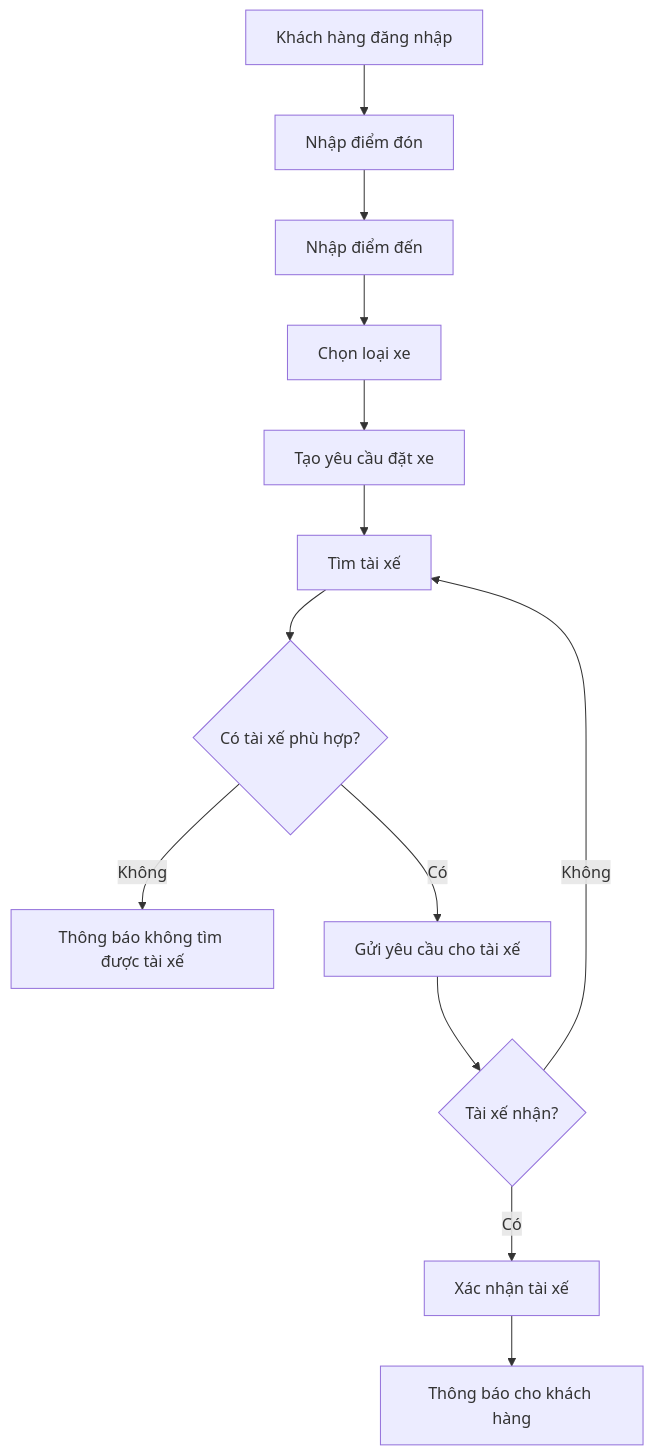
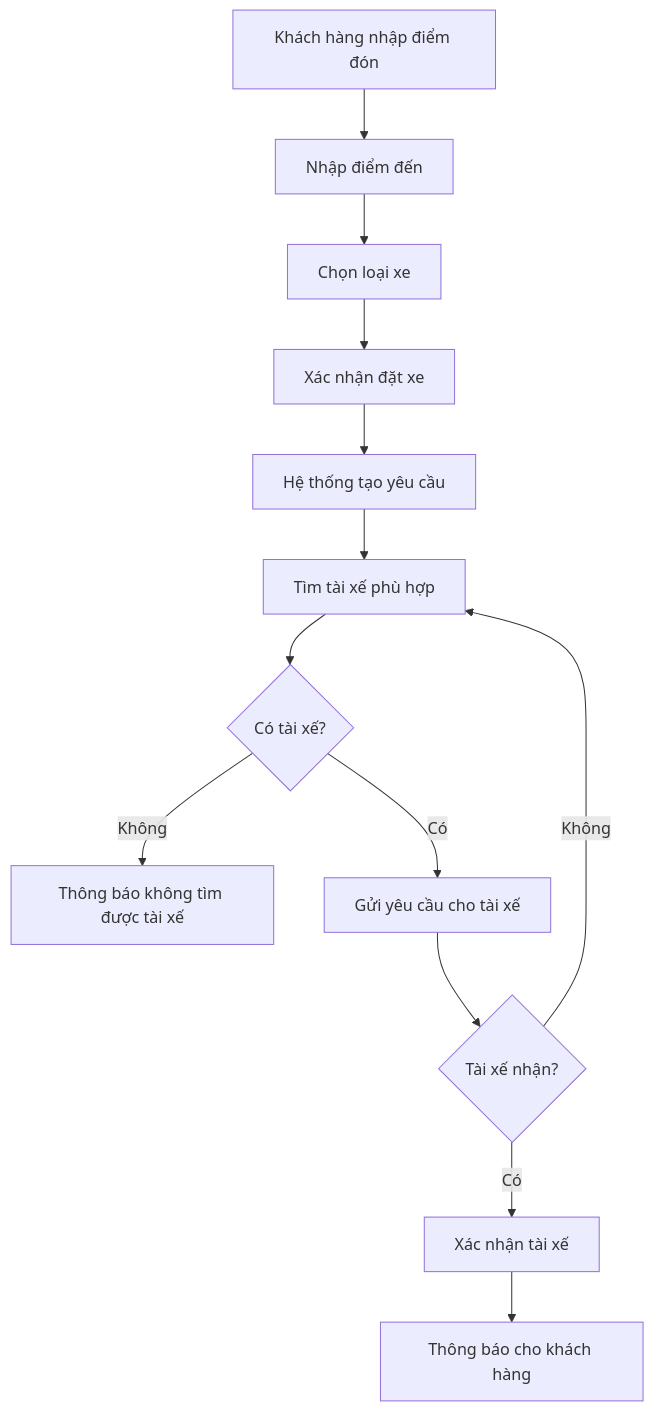
The third of 8 diagrams in README.md (thuhien76685/23653331_TruongThiThuHien_CAB-System-), drawn with Mermaid before and after one commit. The commit also changed other lines of this file, not shown here.

````diff
--- a/README.md
+++ b/README.md
@@ -521,17 +683,17 @@
 ```mermaid
 flowchart TD
-    A["Khách hàng đăng nhập"] --> B["Nhập điểm đón"]
-    B --> C["Nhập điểm đến"]
-    C --> D["Chọn loại xe"]
-    D --> E["Tạo yêu cầu đặt xe"]
-    E --> F["Tìm tài xế"]
-    F --> G{"Có tài xế phù hợp?"}
+    A["Khách hàng nhập điểm đón"] --> B["Nhập điểm đến"]
+    B --> C["Chọn loại xe"]
+    C --> D["Xác nhận đặt xe"]
+    D --> E["Hệ thống tạo yêu cầu"]
+    E --> F["Tìm tài xế phù hợp"]
+    F --> G{"Có tài xế?"}
 
     G -->|Không| H["Thông báo không tìm được tài xế"]
     G -->|Có| I["Gửi yêu cầu cho tài xế"]
 
     I --> J{"Tài xế nhận?"}
     J -->|Không| F
     J -->|Có| K["Xác nhận tài xế"]
     K --> L["Thông báo cho khách hàng"]
 ```
````
